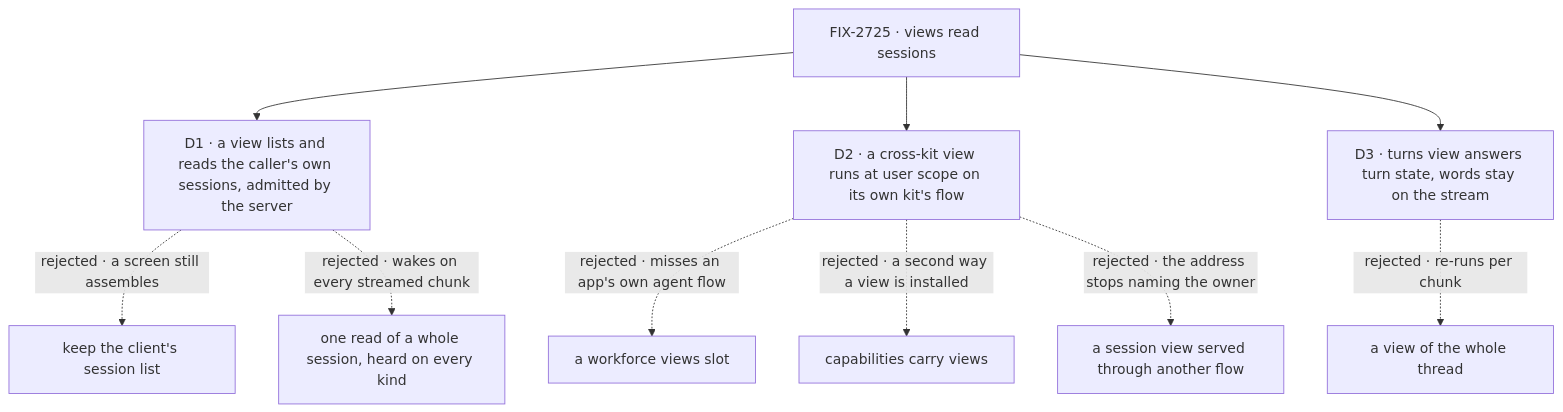
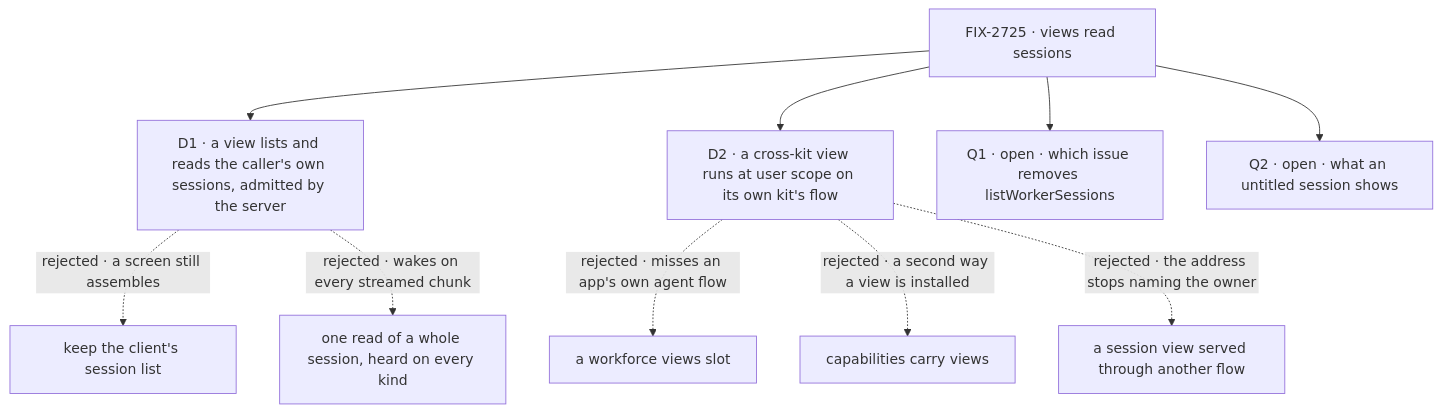
Before and after one commit to fixpoint-labs/flow-state-dev: the diagram in specs/issues/FIX-2725/DECISIONS.md, drawn with Mermaid. The commit also changed other lines of this file and 3 other files, not shown here.

````diff
--- a/specs/issues/FIX-2725/DECISIONS.md
+++ b/specs/issues/FIX-2725/DECISIONS.md
@@ -13,12 +14,12 @@
 ```mermaid
 flowchart TD
   I["FIX-2725 · views read sessions"] --> D1["D1 · a view lists and reads the caller's own sessions, admitted by the server"]
   D1 -.->|"rejected · a screen still assembles"| X1["keep the client's session list"]
   D1 -.->|"rejected · wakes on every streamed chunk"| X2["one read of a whole session, heard on every kind"]
   I --> D2["D2 · a cross-kit view runs at user scope on its own kit's flow"]
   D2 -.->|"rejected · misses an app's own agent flow"| X3["a workforce views slot"]
   D2 -.->|"rejected · a second way a view is installed"| X4["capabilities carry views"]
   D2 -.->|"rejected · the address stops naming the owner"| X5["a session view served through another flow"]
-  I --> D3["D3 · turns view answers turn state, words stay on the stream"]
-  D3 -.->|"rejected · re-runs per chunk"| X6["a view of the whole thread"]
+  I --> Q1["Q1 · open · which issue removes listWorkerSessions"]
+  I --> Q2["Q2 · open · what an untitled session shows"]
 ```
````
